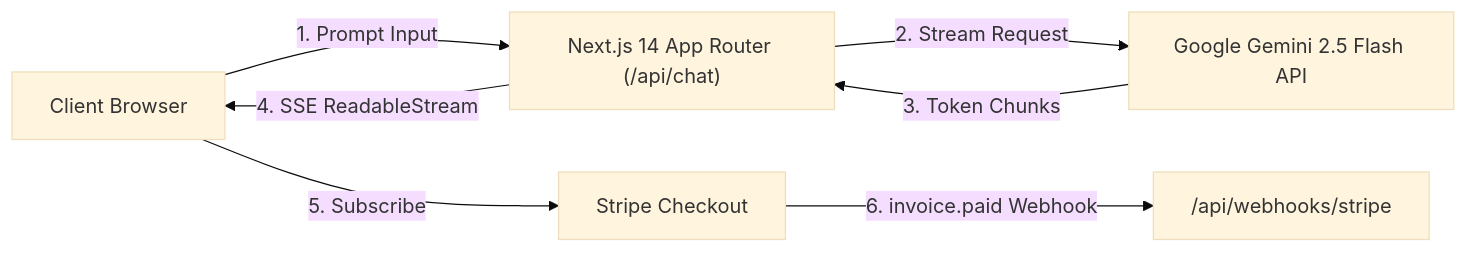
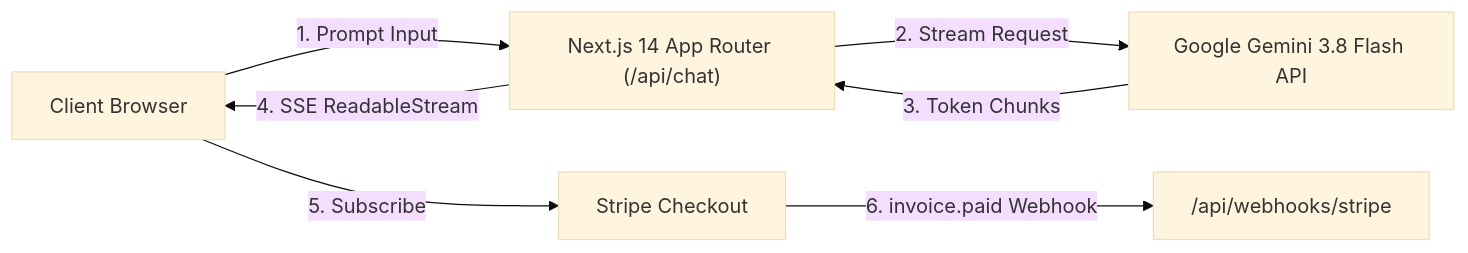
The diagram in docs/TUTORIAL_NEXTJS_GEMINI_STRIPE.md (skappax/gemini-ai-suite), drawn with Mermaid (base theme) before and after one commit. The commit also changed other lines of this file and 5 other files, not shown here.

Commit message:
feat: upgrade native model support and docs to Gemini 3.8 Flash

````diff
--- a/docs/TUTORIAL_NEXTJS_GEMINI_STRIPE.md
+++ b/docs/TUTORIAL_NEXTJS_GEMINI_STRIPE.md
@@ -23,9 +23,9 @@
 ```mermaid
 flowchart LR
     User[Client Browser] -->|1. Prompt Input| NextRoute["Next.js 14 App Router (/api/chat)"]
-    NextRoute -->|2. Stream Request| GeminiAPI["Google Gemini 2.5 Flash API"]
+    NextRoute -->|2. Stream Request| GeminiAPI["Google Gemini 3.8 Flash API"]
     GeminiAPI -->|3. Token Chunks| NextRoute
     NextRoute -->|4. SSE ReadableStream| User
     User -->|5. Subscribe| StripeCheckout["Stripe Checkout"]
     StripeCheckout -->|6. invoice.paid Webhook| WebhookHandler["/api/webhooks/stripe"]
 ```
````
